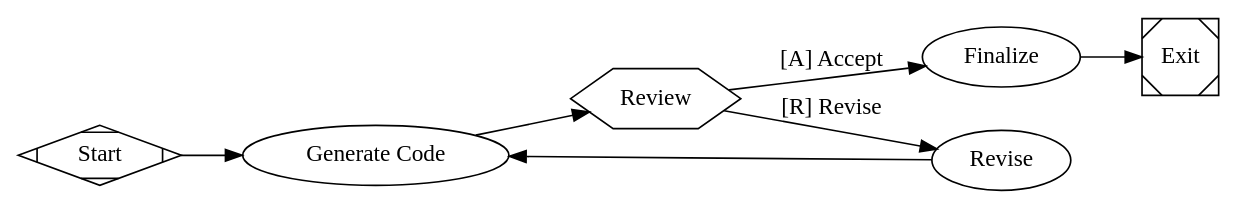
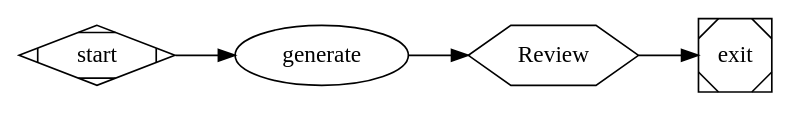
Before and after one commit to mhingston/factorial: the second of 4 diagrams in README.md, drawn with Graphviz. The commit also changed other lines of this file and 166 other files, not shown here.

````diff
--- a/README.md
+++ b/README.md
@@ -49,20 +51,15 @@
 ```dot
+# workflow.dot
 digraph MyWorkflow {
     graph [goal="Generate and review code"]
     rankdir=LR
 
-    start [shape=Mdiamond, label="Start"]
-    exit  [shape=Msquare, label="Exit"]
+    start [shape=Mdiamond]
+    exit  [shape=Msquare]
 
-    generate [label="Generate Code", prompt="Write a function to calculate fibonacci numbers"]
-    review   [shape=hexagon, label="Review", type="wait.human"]
-    accept   [label="Finalize", prompt="Summarize and finalize the approved result"]
-    revise   [label="Revise", prompt="Revise based on reviewer feedback"]
+    generate [prompt="Write a Fibonacci function"]
+    review [shape=hexagon, type="wait.human", label="Review"]
     
-    start -> generate -> review
-    review -> accept [label="[A] Accept"]
-    review -> revise [label="[R] Revise"]
-    accept -> exit
-    revise -> generate
+    start -> generate -> review -> exit
 }
 ```
````
